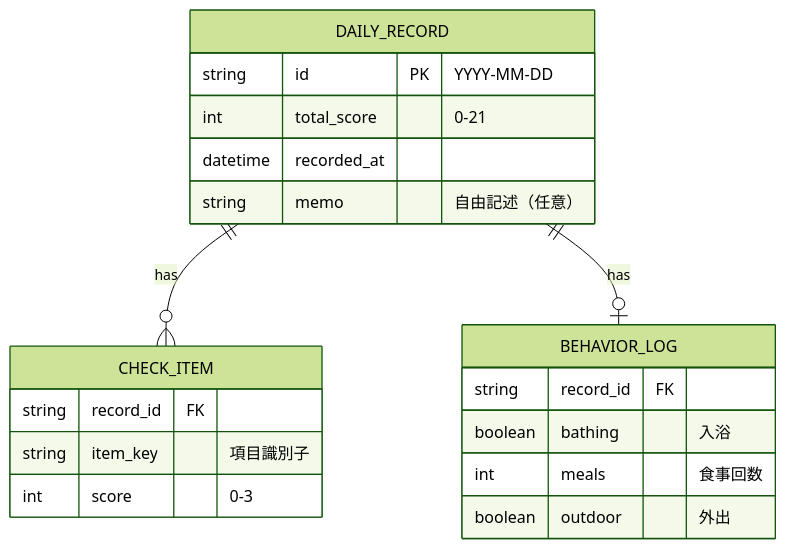
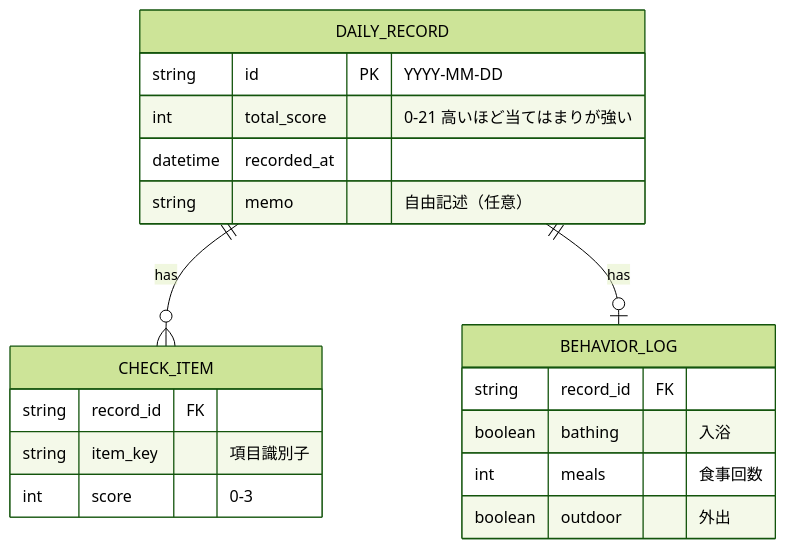
One commit to HaraRyonosuke/condition-tracker changed the second of 4 diagrams in docs/design.md. Above: the diagram before and after it, drawn with Mermaid (forest theme). The commit also changed other lines of this file, not shown here.

````diff
--- a/docs/design.md
+++ b/docs/design.md
@@ -27,25 +27,25 @@
 ```mermaid
 erDiagram
     DAILY_RECORD {
         string id PK "YYYY-MM-DD"
-        int total_score "0-21"
+        int total_score "0-21 高いほど当てはまりが強い"
         datetime recorded_at
         string memo "自由記述（任意）"
     }
 
     CHECK_ITEM {
         string record_id FK
         string item_key "項目識別子"
         int score "0-3"
     }
 
     BEHAVIOR_LOG {
         string record_id FK
         boolean bathing "入浴"
         int meals "食事回数"
         boolean outdoor "外出"
     }
 
     DAILY_RECORD ||--o{ CHECK_ITEM : "has"
     DAILY_RECORD ||--o| BEHAVIOR_LOG : "has"
 ```
````
